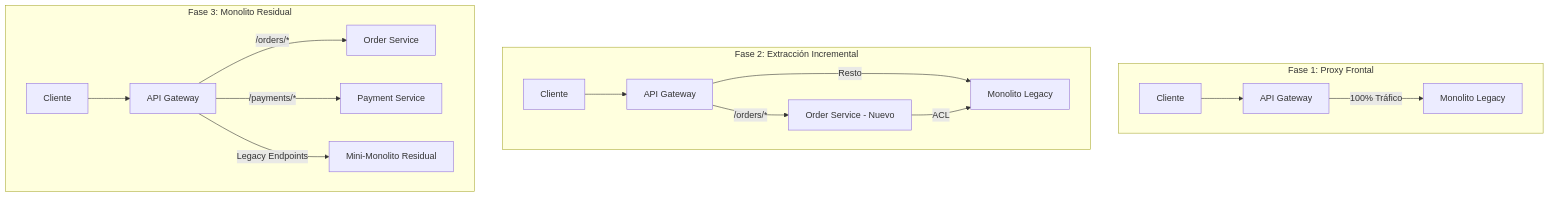
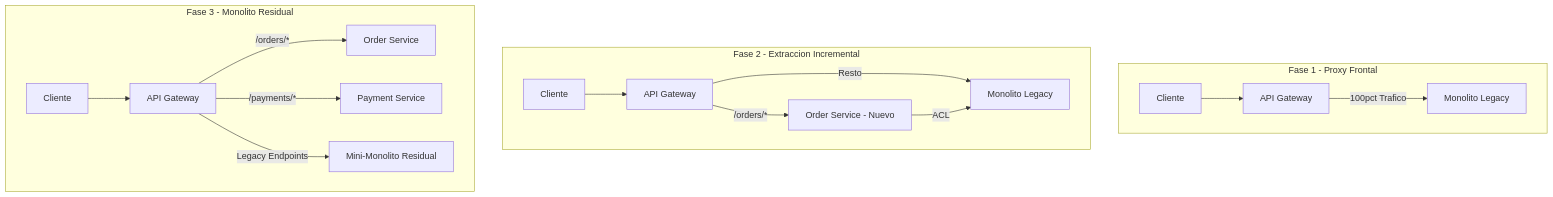
Before and after one commit to Joaquinriosheredia/DAM-Java-Mastery: the fourth of 5 diagrams in 02_Arquitectura/anti-patterns_en_microservicios_y_como_evitarlos_con_java_21_STAFF.md, drawn with Mermaid. The commit also changed other lines of this file, not shown here.

````diff
--- a/02_Arquitectura/anti-patterns_en_microservicios_y_como_evitarlos_con_java_21_STAFF.md
+++ b/02_Arquitectura/anti-patterns_en_microservicios_y_como_evitarlos_con_java_21_STAFF.md
@@ -423,21 +548,21 @@
 ```mermaid
 graph TD
-    subgraph "Fase 1: Proxy Frontal"
+    subgraph "Fase 1 - Proxy Frontal"
         CLI[Cliente] --> PROXY[API Gateway]
-        PROXY -->|100% Tráfico| MONO[Monolito Legacy]
+        PROXY -->|100pct Trafico| MONO[Monolito Legacy]
     end
 
-    subgraph "Fase 2: Extracción Incremental"
+    subgraph "Fase 2 - Extraccion Incremental"
         CLI2[Cliente] --> PROXY2[API Gateway]
         PROXY2 -->|/orders/*| NEW[Order Service - Nuevo]
         PROXY2 -->|Resto| MONO2[Monolito Legacy]
         NEW -->|ACL| MONO2
     end
 
-    subgraph "Fase 3: Monolito Residual"
+    subgraph "Fase 3 - Monolito Residual"
         CLI3[Cliente] --> PROXY3[API Gateway]
         PROXY3 -->|/orders/*| ORD[Order Service]
         PROXY3 -->|/payments/*| PAY[Payment Service]
         PROXY3 -->|Legacy Endpoints| MINI[Mini-Monolito Residual]
     end
 ```
````
